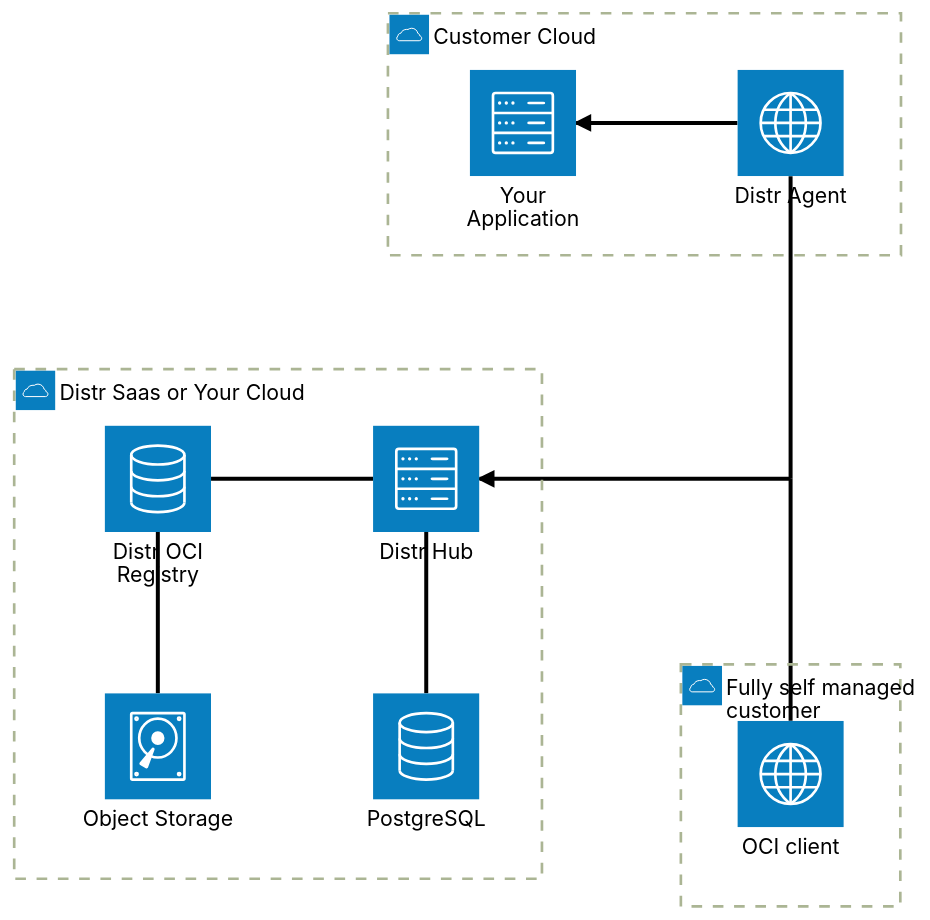
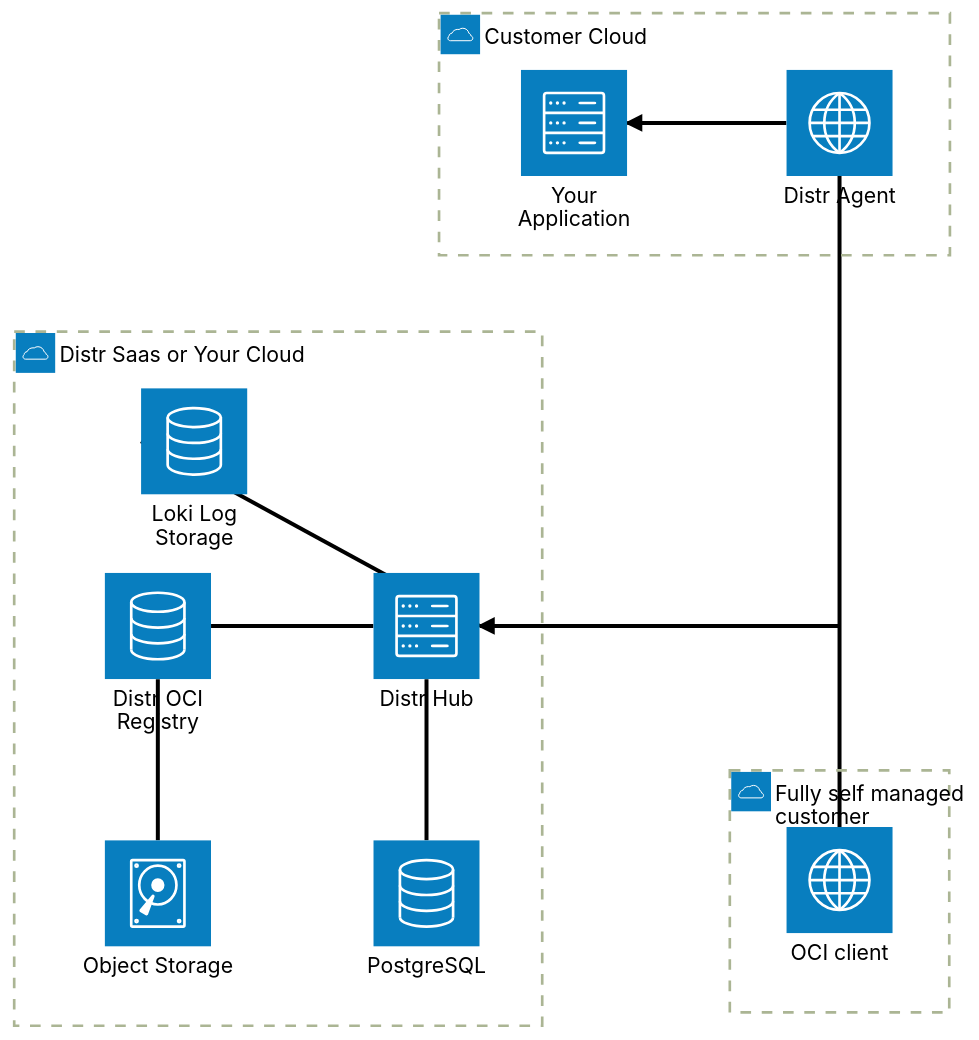
One commit to distr-sh/distr changed the diagram in README.md. Above: the diagram before and after it, drawn with Mermaid (forest theme).

````diff
--- a/README.md
+++ b/README.md
@@ -52,26 +52,28 @@
 ```mermaid
 architecture-beta
     group ctrl(cloud)[Distr Saas or Your Cloud]
     service hub(server)[Distr Hub] in ctrl
     service db(database)[PostgreSQL] in ctrl
+    service loki(database)[Loki Log Storage] in ctrl
     service oci(database)[Distr OCI Registry] in ctrl
     service s3(disk)[Object Storage] in ctrl
     oci:R -- L:hub
     db:T -- B:hub
+    loki:L -- R:hub
     oci:B -- T:s3
 
     junction customerjunction
 
     hub:R <-- L:customerjunction
     customerjunction:T -- B:agent
     customerjunction:B -- T:client
 
 
     group agentcustomer(cloud)[Customer Cloud]
     service agent(internet)[Distr Agent] in agentcustomer
     service app(server)[Your Application] in agentcustomer
     agent:L --> R:app
 
     group ocicustomer(cloud)[Fully self managed customer]
     service client(internet)[OCI client] in ocicustomer
 ```
````
